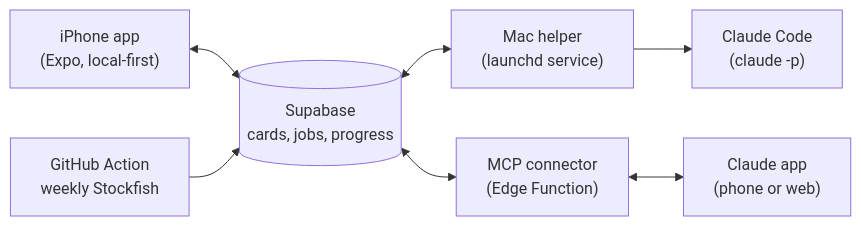
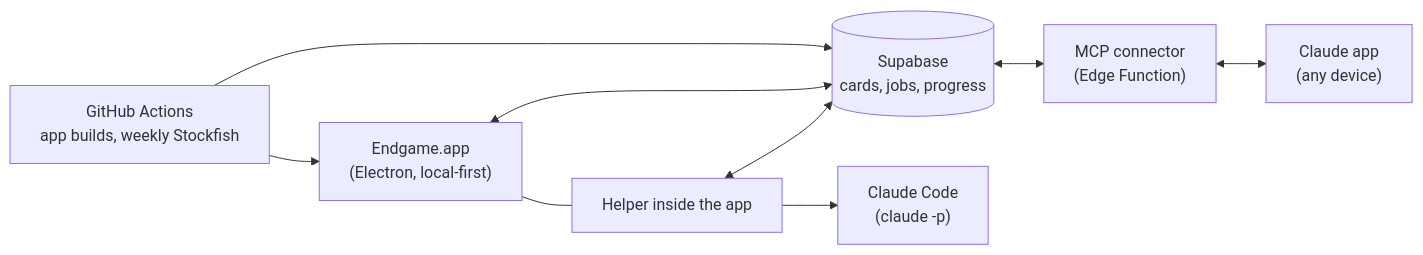
The diagram in README.md (satwikmedipalli/endgame), drawn with Mermaid before and after one commit. The commit also changed other lines of this file and 12 other files, not shown here.

````diff
--- a/README.md
+++ b/README.md
@@ -28,9 +27,11 @@
 ```mermaid
 flowchart LR
-  P["iPhone app<br/>(Expo, local-first)"] <--> S[("Supabase<br/>cards, jobs, progress")]
-  S <--> M["Mac helper<br/>(launchd service)"]
-  M --> C["Claude Code<br/>(claude -p)"]
+  A["Endgame.app<br/>(Electron, local-first)"] <--> S[("Supabase<br/>cards, jobs, progress")]
+  A --- H["Helper inside the app"]
+  H <--> S
+  H --> C["Claude Code<br/>(claude -p)"]
   S <--> X["MCP connector<br/>(Edge Function)"]
-  X <--> A["Claude app<br/>(phone or web)"]
-  G["GitHub Action<br/>weekly Stockfish"] --> S
+  X <--> K["Claude app<br/>(any device)"]
+  G["GitHub Actions<br/>app builds, weekly Stockfish"] --> S
+  G --> A
 ```
````
